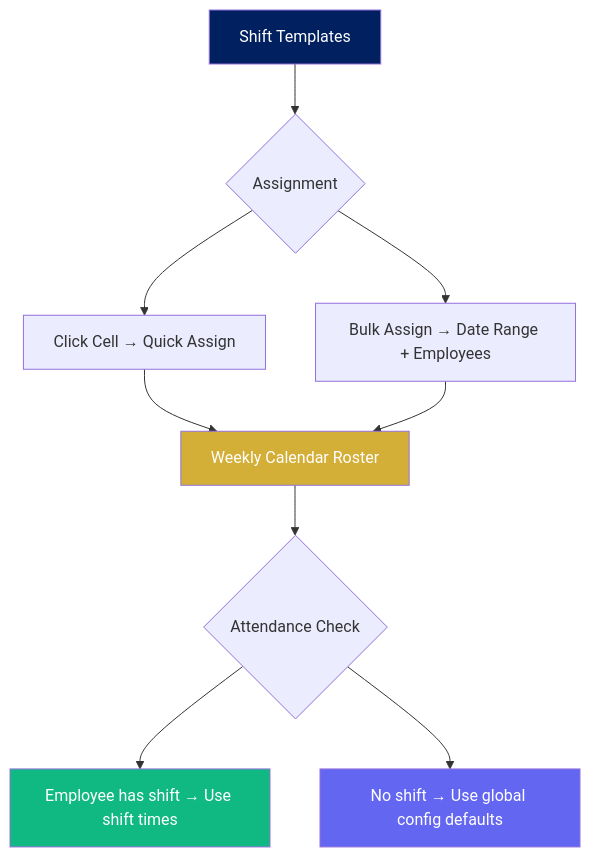
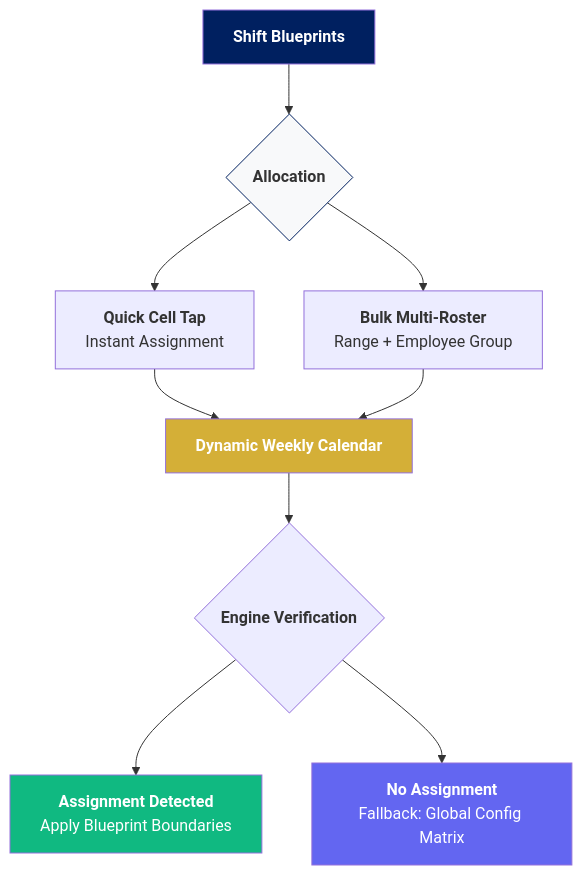
The eighth of 11 diagrams in README.md (binssente-crypto/PAYROLL-DOCUMENTATION), drawn with Mermaid before and after one commit. The commit also changed other lines of this file, not shown here.

````diff
--- a/README.md
+++ b/README.md
@@ -225,18 +260,19 @@
 ```mermaid
 flowchart TD
-    SHIFT[Shift Templates] --> ASSIGN{Assignment}
-    ASSIGN --> SINGLE[Click Cell → Quick Assign]
-    ASSIGN --> BULK[Bulk Assign → Date Range + Employees]
+    SHIFT[<b>Shift Blueprints</b>] --> ASSIGN{<b>Allocation</b>}
+    ASSIGN --> SINGLE[<b>Quick Cell Tap</b><br/>Instant Assignment]
+    ASSIGN --> BULK[<b>Bulk Multi-Roster</b><br/>Range + Employee Group]
     
-    SINGLE --> ROSTER[Weekly Calendar Roster]
+    SINGLE --> ROSTER[<b>Dynamic Weekly Calendar</b>]
     BULK --> ROSTER
     
-    ROSTER --> ATT{Attendance Check}
-    ATT --> HAS["Employee has shift → Use shift times"]
-    ATT --> NO["No shift → Use global config defaults"]
+    ROSTER --> ATT{<b>Engine Verification</b>}
+    ATT --> HAS[<b>Assignment Detected</b><br/>Apply Blueprint Boundaries]
+    ATT --> NO[<b>No Assignment</b><br/>Fallback: Global Config Matrix]
 
     style SHIFT fill:#002060,color:#fff
     style ROSTER fill:#D4AF37,color:#fff
     style HAS fill:#10b981,color:#fff
     style NO fill:#6366f1,color:#fff
+    style ASSIGN fill:#f8f9fa,stroke:#002060
 ```
````
